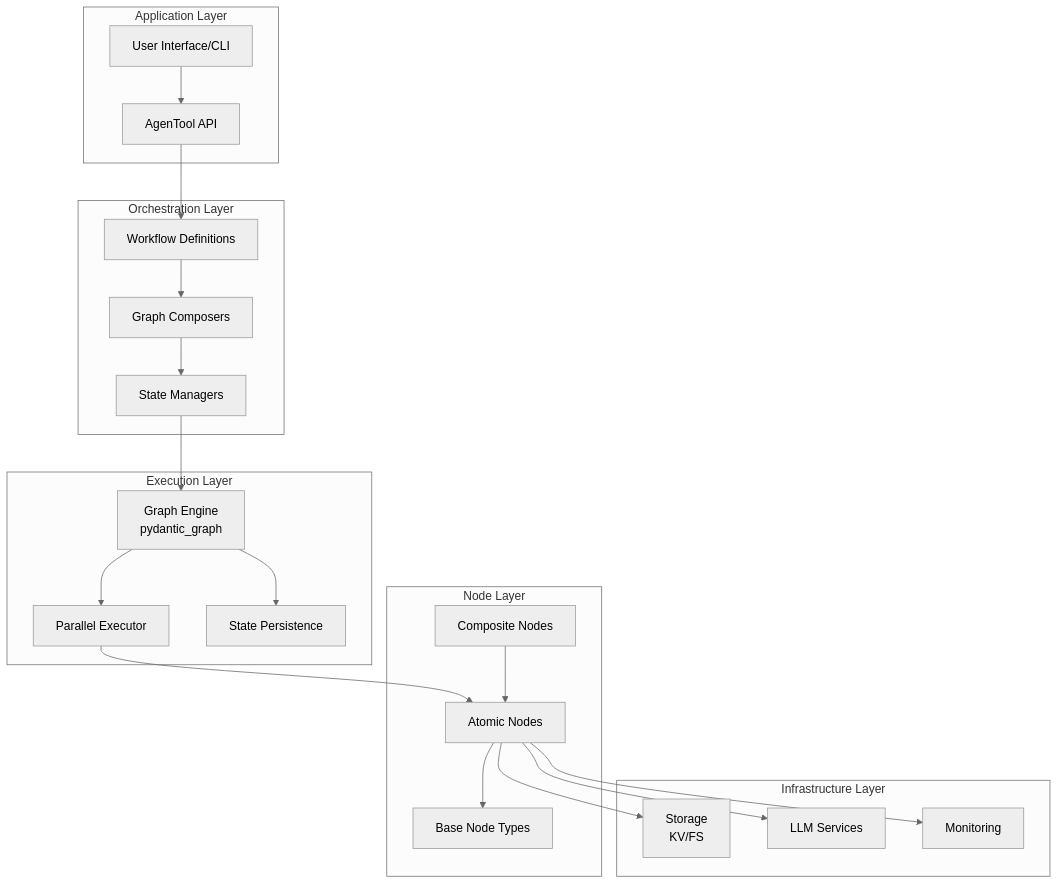
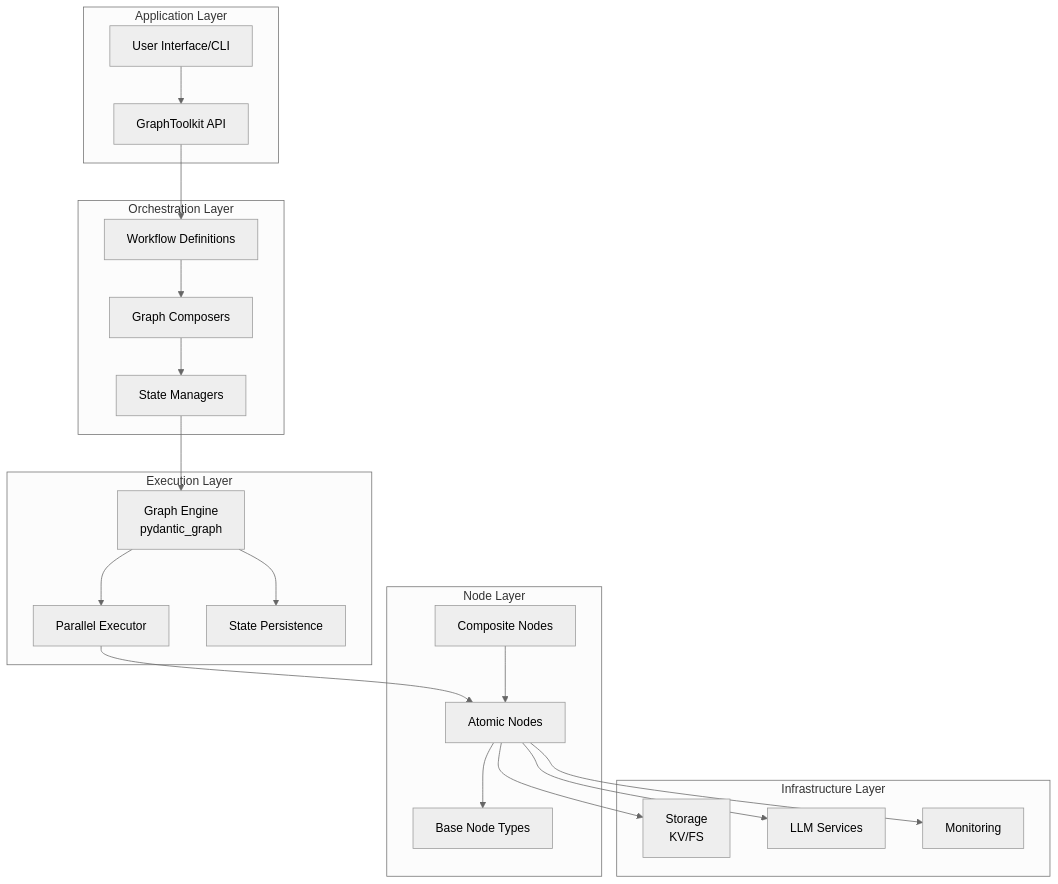
One commit to fblgit/agentool changed the second of 11 diagrams in docs/GRAPH_ARCHITECTURE.md. Above: the diagram before and after it, drawn with Mermaid (neutral theme). The commit also changed other lines of this file and 6 other files, not shown here.

````diff
--- a/docs/GRAPH_ARCHITECTURE.md
+++ b/docs/GRAPH_ARCHITECTURE.md
@@ -57,45 +54,45 @@
 ```mermaid
 graph TB
     subgraph "Application Layer"
         UI[User Interface/CLI]
-        API[AgenTool API]
+        API[GraphToolkit API]
     end
     
     subgraph "Orchestration Layer"
         WF[Workflow Definitions]
         GC[Graph Composers]
         SM[State Managers]
     end
     
     subgraph "Execution Layer"
         GE[Graph Engine<br/>pydantic_graph]
         PE[Parallel Executor]
         SP[State Persistence]
     end
     
     subgraph "Node Layer"
         AN[Atomic Nodes]
         BN[Base Node Types]
         CN[Composite Nodes]
     end
     
     subgraph "Infrastructure Layer"
         ST[Storage<br/>KV/FS]
         LLM[LLM Services]
         MON[Monitoring]
     end
     
     UI --> API
     API --> WF
     WF --> GC
     GC --> SM
     SM --> GE
     GE --> PE
     GE --> SP
     PE --> AN
     AN --> BN
     CN --> AN
     AN --> ST
     AN --> LLM
     AN --> MON
 ```
````
